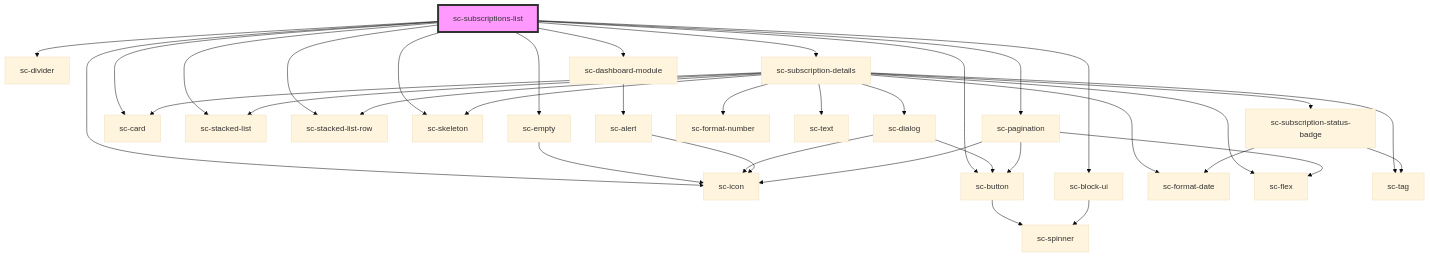
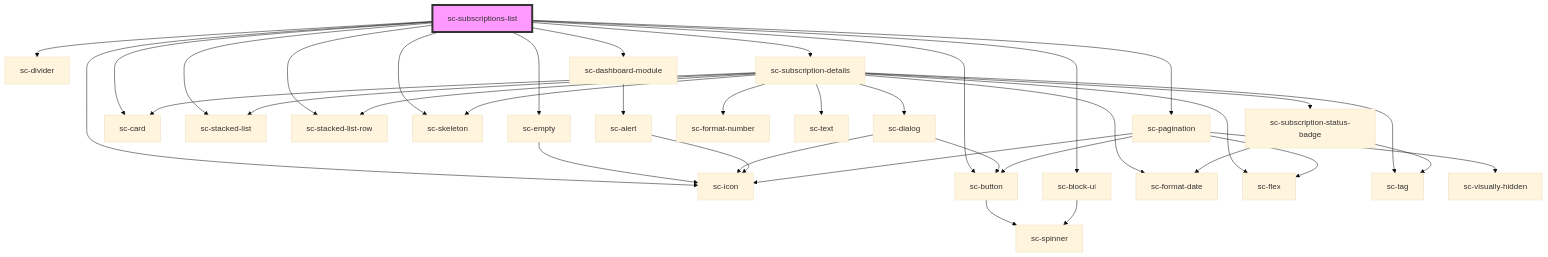
The diagram in packages/components/src/components/controllers/dashboard/subscriptions-list/readme.md (surecart/surecart-wp-plugin), drawn with Mermaid (base theme) before and after one commit. The commit also changed 98 other files, not shown here.

````diff
--- a/packages/components/src/components/controllers/dashboard/subscriptions-list/readme.md
+++ b/packages/components/src/components/controllers/dashboard/subscriptions-list/readme.md
@@ -37,39 +37,40 @@
 ```mermaid
 graph TD;
   sc-subscriptions-list --> sc-divider
   sc-subscriptions-list --> sc-empty
   sc-subscriptions-list --> sc-card
   sc-subscriptions-list --> sc-stacked-list
   sc-subscriptions-list --> sc-stacked-list-row
   sc-subscriptions-list --> sc-skeleton
   sc-subscriptions-list --> sc-subscription-details
   sc-subscriptions-list --> sc-icon
   sc-subscriptions-list --> sc-dashboard-module
   sc-subscriptions-list --> sc-button
   sc-subscriptions-list --> sc-pagination
   sc-subscriptions-list --> sc-block-ui
   sc-empty --> sc-icon
   sc-subscription-details --> sc-subscription-status-badge
   sc-subscription-details --> sc-format-date
   sc-subscription-details --> sc-skeleton
   sc-subscription-details --> sc-format-number
   sc-subscription-details --> sc-flex
   sc-subscription-details --> sc-tag
   sc-subscription-details --> sc-text
   sc-subscription-details --> sc-dialog
   sc-subscription-details --> sc-card
   sc-subscription-details --> sc-stacked-list
   sc-subscription-details --> sc-stacked-list-row
   sc-subscription-status-badge --> sc-format-date
   sc-subscription-status-badge --> sc-tag
   sc-dialog --> sc-button
   sc-dialog --> sc-icon
   sc-button --> sc-spinner
   sc-dashboard-module --> sc-alert
   sc-alert --> sc-icon
   sc-pagination --> sc-flex
   sc-pagination --> sc-button
+  sc-pagination --> sc-visually-hidden
   sc-pagination --> sc-icon
   sc-block-ui --> sc-spinner
   style sc-subscriptions-list fill:#f9f,stroke:#333,stroke-width:4px
 ```
````
